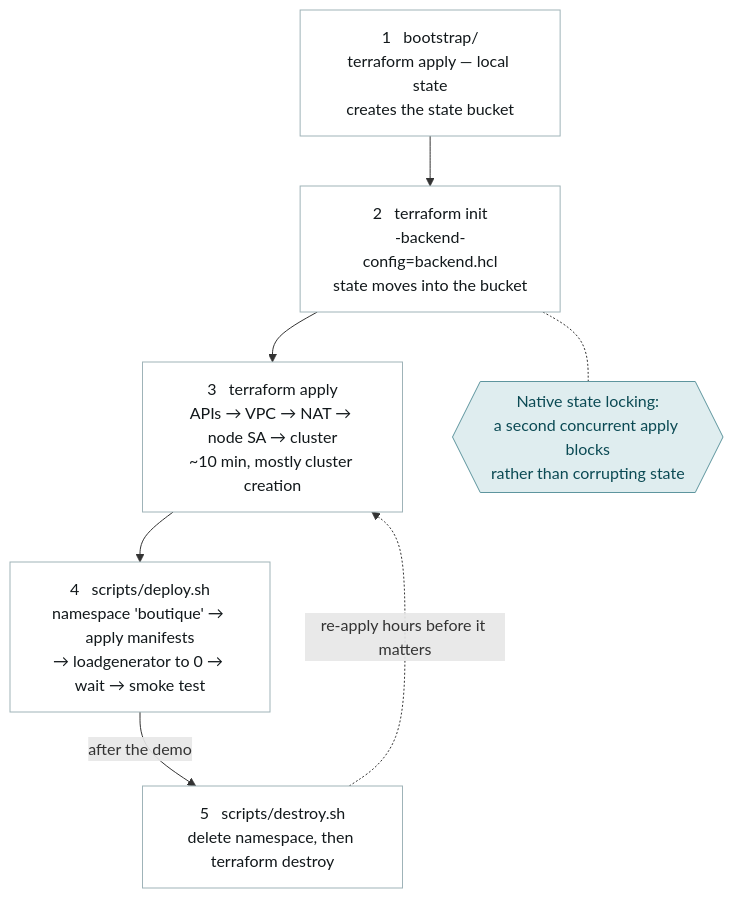
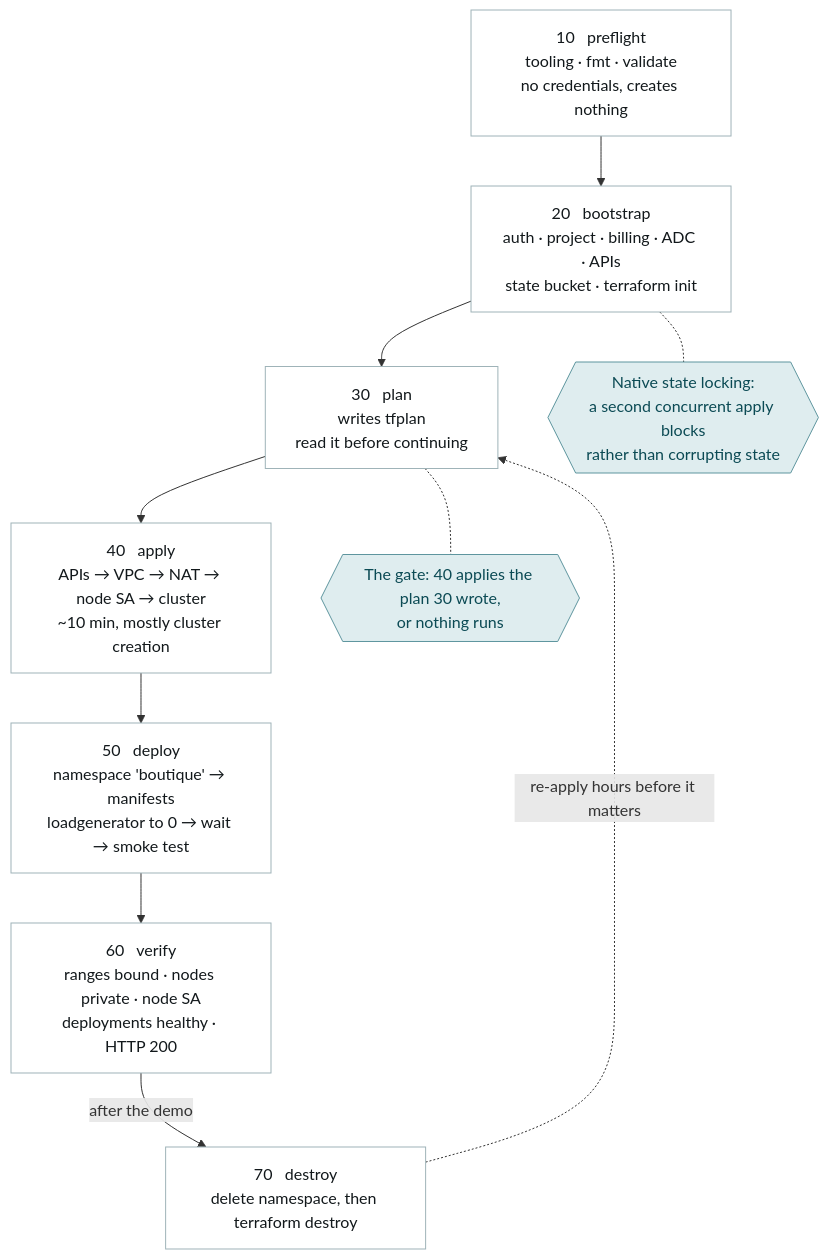
Before and after one commit to makeitstatic/gcp-deployment: the diagram in docs/04-runbook.md, drawn with Mermaid. The commit also changed other lines of this file and 25 other files, not shown here.

````diff
--- a/docs/04-runbook.md
+++ b/docs/04-runbook.md
@@ -19,20 +29,25 @@
 ```mermaid
 flowchart TB
-    s1["1 &nbsp; bootstrap/<br/>terraform apply — local state<br/>creates the state bucket"]
-    s2["2 &nbsp; terraform init<br/>-backend-config=backend.hcl<br/>state moves into the bucket"]
-    s3["3 &nbsp; terraform apply<br/>APIs → VPC → NAT → node SA → cluster<br/>~10 min, mostly cluster creation"]
-    s4["4 &nbsp; scripts/deploy.sh<br/>namespace 'boutique' → apply manifests<br/>→ loadgenerator to 0 → wait → smoke test"]
-    s5["5 &nbsp; scripts/destroy.sh<br/>delete namespace, then terraform destroy"]
+    s10["10 &nbsp; preflight<br/>tooling · fmt · validate<br/>no credentials, creates nothing"]
+    s20["20 &nbsp; bootstrap<br/>auth · project · billing · ADC · APIs<br/>state bucket · terraform init"]
+    s30["30 &nbsp; plan<br/>writes tfplan<br/>read it before continuing"]
+    s40["40 &nbsp; apply<br/>APIs → VPC → NAT → node SA → cluster<br/>~10 min, mostly cluster creation"]
+    s50["50 &nbsp; deploy<br/>namespace 'boutique' → manifests<br/>loadgenerator to 0 → wait → smoke test"]
+    s60["60 &nbsp; verify<br/>ranges bound · nodes private · node SA<br/>deployments healthy · HTTP 200"]
+    s70["70 &nbsp; destroy<br/>delete namespace, then terraform destroy"]
 
-    s1 --> s2 --> s3 --> s4
-    s4 -->|"after the demo"| s5
-    s5 -.->|"re-apply hours before it matters"| s3
+    s10 --> s20 --> s30 --> s40 --> s50 --> s60
+    s60 -->|"after the demo"| s70
+    s70 -.->|"re-apply hours before it matters"| s30
+
+    gate{{"The gate: 40 applies the plan 30 wrote,<br/>or nothing runs"}}
+    s30 -.- gate
 
     lock{{"Native state locking:<br/>a second concurrent apply blocks<br/>rather than corrupting state"}}
-    s2 -.- lock
+    s20 -.- lock
 
     classDef step fill:#FFFFFF,stroke:#9FB3B8,color:#12181B;
     classDef aside fill:#DFEDEF,stroke:#5E959E,color:#0B4A54;
-    class s1,s2,s3,s4,s5 step;
-    class lock aside;
+    class s10,s20,s30,s40,s50,s60,s70 step;
+    class gate,lock aside;
 ```
````
